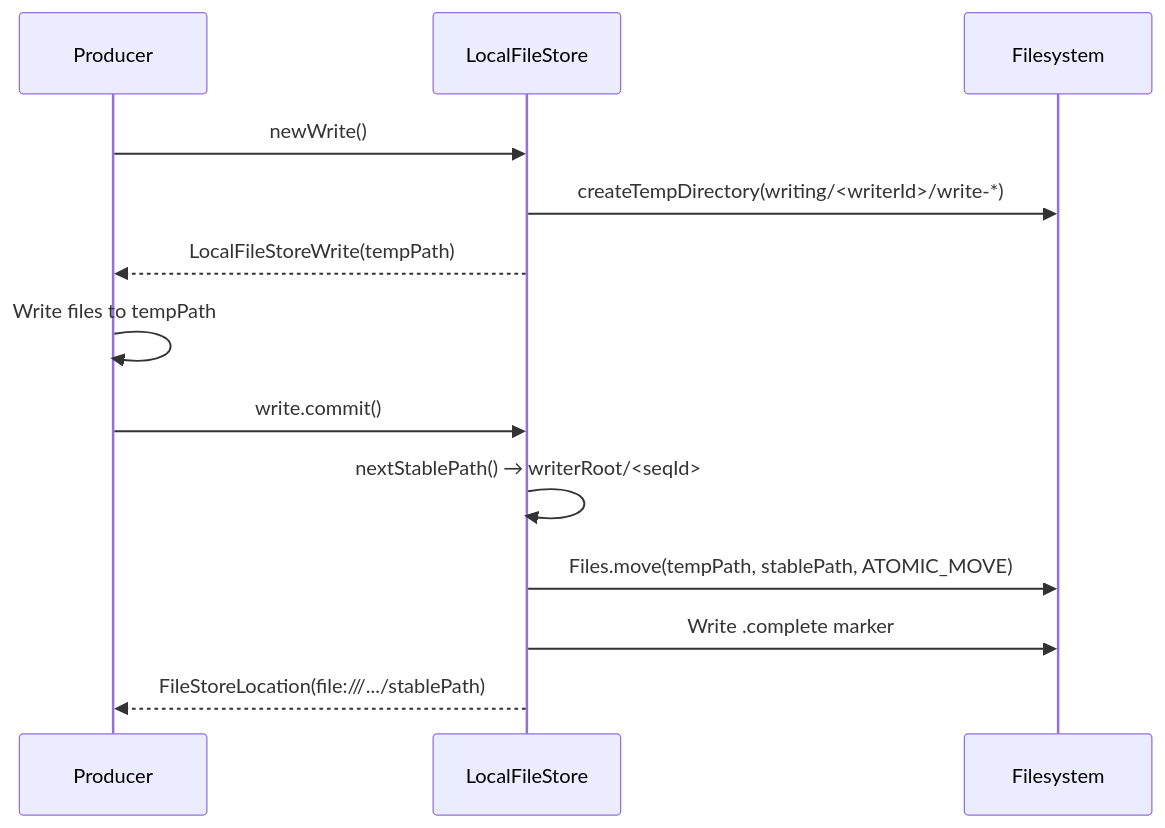
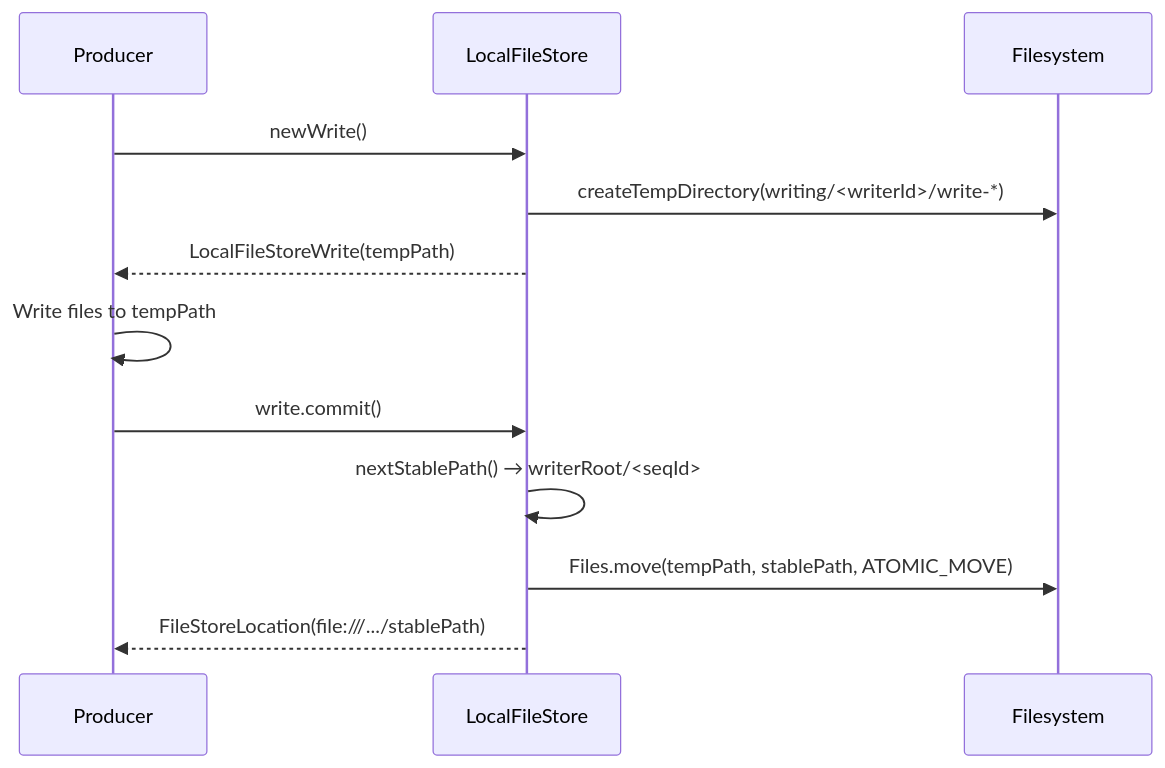
One commit to gchq/stroom changed the second of 10 diagrams in stroom-proxy/designs/infrastructure/file-stores.md. Above: the diagram before and after it, drawn with Mermaid. The commit also changed other lines of this file and 7 other files, not shown here.

````diff
--- a/stroom-proxy/designs/infrastructure/file-stores.md
+++ b/stroom-proxy/designs/infrastructure/file-stores.md
@@ -89,16 +88,15 @@
 ```mermaid
 sequenceDiagram
     participant P as Producer
     participant LFS as LocalFileStore
     participant FS as Filesystem
 
     P->>LFS: newWrite()
     LFS->>FS: createTempDirectory(writing/<writerId>/write-*)
     LFS-->>P: LocalFileStoreWrite(tempPath)
     P->>P: Write files to tempPath
     P->>LFS: write.commit()
     LFS->>LFS: nextStablePath() → writerRoot/<seqId>
     LFS->>FS: Files.move(tempPath, stablePath, ATOMIC_MOVE)
-    LFS->>FS: Write .complete marker
     LFS-->>P: FileStoreLocation(file:///.../stablePath)
 ```
````
